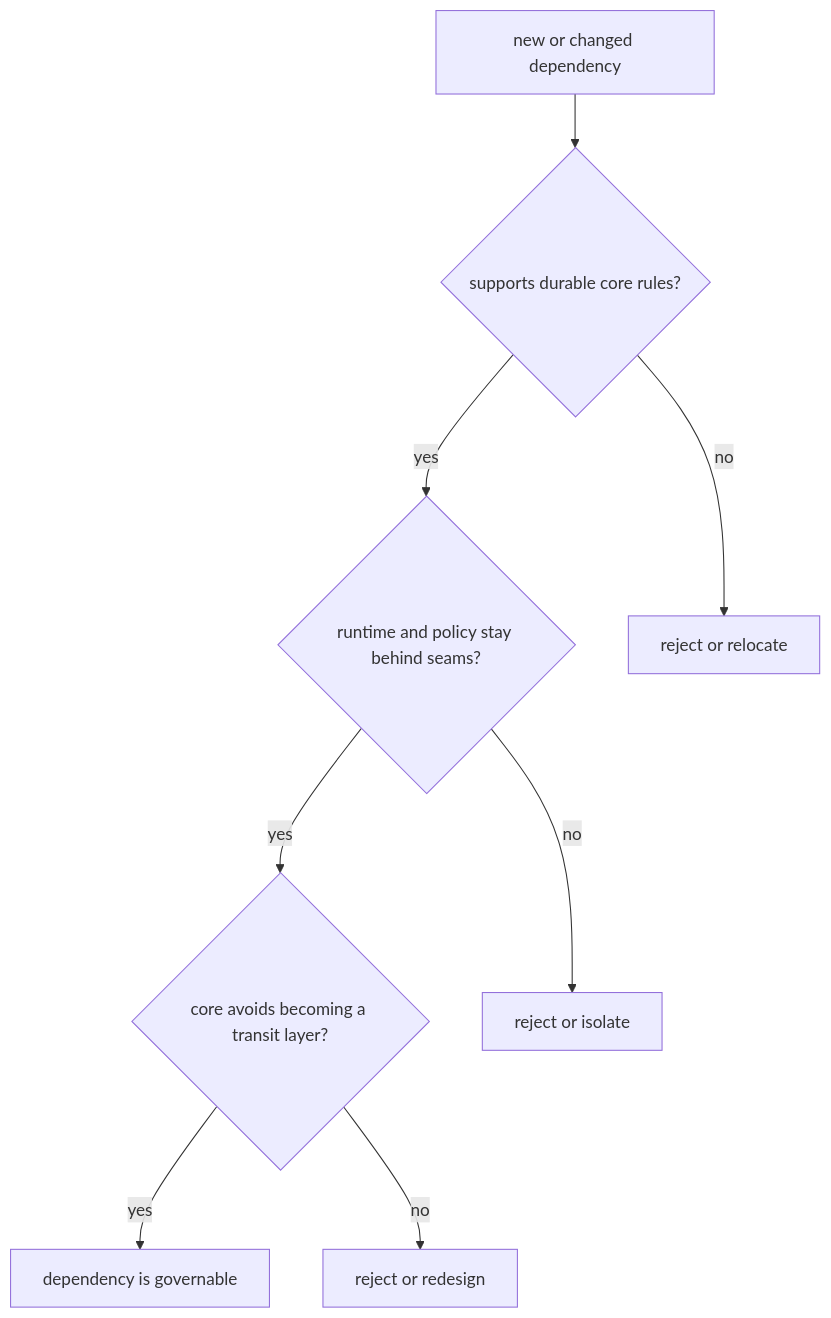
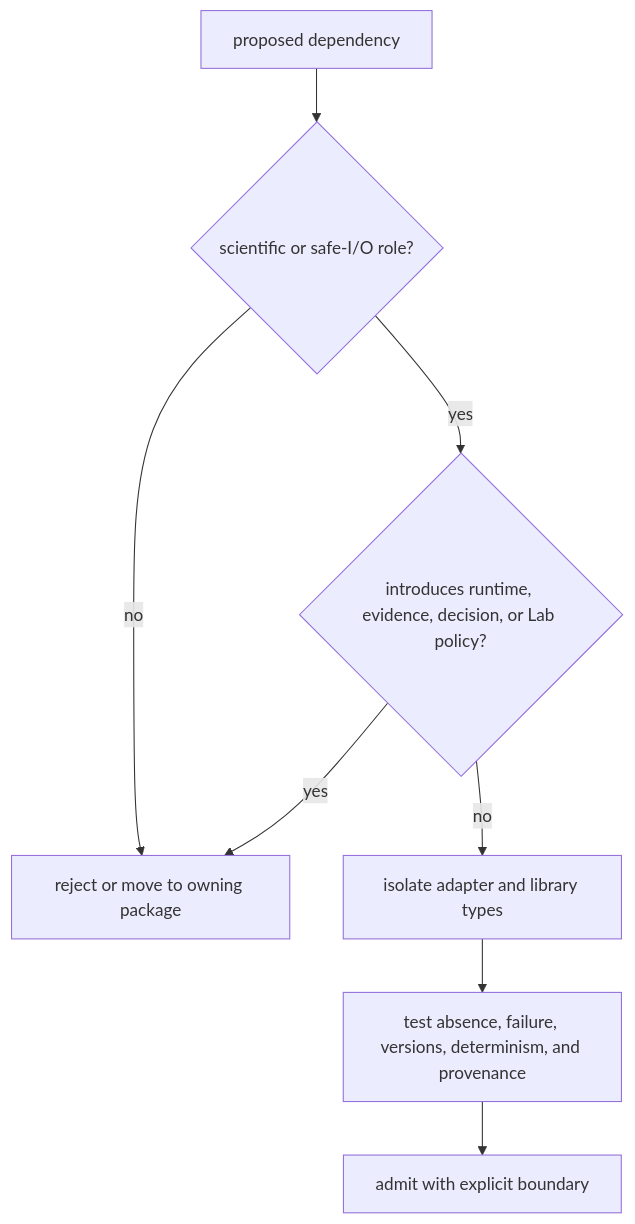
The diagram in docs/04-bijux-proteomics-core/quality/dependency-governance.md (bijux/bijux-proteomics), drawn with Mermaid before and after one commit. The commit also changed other lines of this file and 2 other files, not shown here.

Commit message:
docs(core): surface scientific change risks

````diff
--- a/docs/04-bijux-proteomics-core/quality/dependency-governance.md
+++ b/docs/04-bijux-proteomics-core/quality/dependency-governance.md
@@ -18,16 +31,10 @@
 ```mermaid
-flowchart TB
-    change["new or changed dependency"]
-    rule{"supports durable core rules?"}
-    seam{"runtime and policy stay behind seams?"}
-    transit{"core avoids becoming a transit layer?"}
-    accept["dependency is governable"]
-
-    change --> rule
-    rule -->|yes| seam
-    rule -->|no| reject1["reject or relocate"]
-    seam -->|yes| transit
-    seam -->|no| reject2["reject or isolate"]
-    transit -->|yes| accept
-    transit -->|no| reject3["reject or redesign"]
+flowchart TD
+    D["proposed dependency"] --> S{"scientific or safe-I/O role?"}
+    S -->|no| R["reject or move to owning package"]
+    S -->|yes| P{"introduces runtime, evidence, decision, or Lab policy?"}
+    P -->|yes| R
+    P -->|no| I["isolate adapter and library types"]
+    I --> F["test absence, failure, versions, determinism, and provenance"]
+    F --> A["admit with explicit boundary"]
 ```
````
